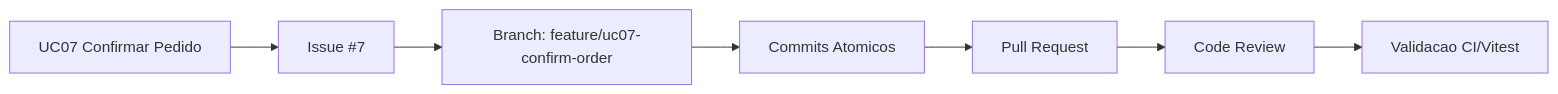
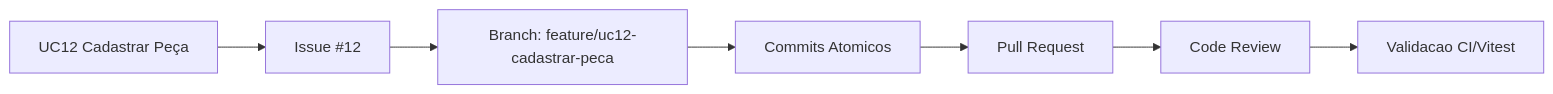
The fourth of 4 diagrams in blueprint_autoflow.md (peaga21/AutoFlow), drawn with Mermaid before and after one commit. The commit also changed other lines of this file and 16 other files, not shown here.

````diff
--- a/blueprint_autoflow.md
+++ b/blueprint_autoflow.md
@@ -329,9 +365,9 @@
 ```mermaid
 flowchart LR
-    UC[UC07 Confirmar Pedido] --> IS[Issue #7]
-    IS --> BR[Branch: feature/uc07-confirm-order]
+    UC[UC12 Cadastrar Peça] --> IS[Issue #12]
+    IS --> BR[Branch: feature/uc12-cadastrar-peca]
     BR --> CO[Commits Atomicos]
     CO --> PR[Pull Request]
     PR --> RV[Code Review]
     RV --> VL[Validacao CI/Vitest]
 ```
````
